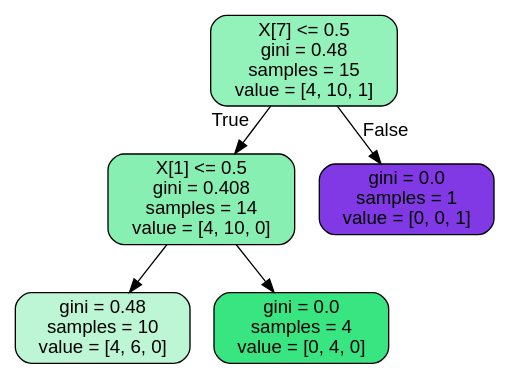
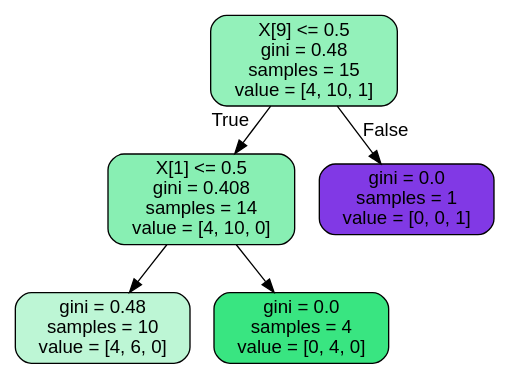
One commit to CompPhysics/MachineLearning changed the diagram in doc/pub/week44/ipynb/Datafiles/ride.dot. Above: the diagram before and after it, drawn with Graphviz. The commit also changed 52 other files, not shown here.

```diff
--- a/doc/pub/week44/ipynb/Datafiles/ride.dot
+++ b/doc/pub/week44/ipynb/Datafiles/ride.dot
@@ -1,13 +1,13 @@
 digraph Tree {
 node [shape=box, style="filled, rounded", color="black", fontname=helvetica] ;
 edge [fontname=helvetica] ;
-0 [label="X[7] <= 0.5\ngini = 0.48\nsamples = 15\nvalue = [4, 10, 1]", fillcolor="#93f1ba"] ;
+0 [label="X[9] <= 0.5\ngini = 0.48\nsamples = 15\nvalue = [4, 10, 1]", fillcolor="#93f1ba"] ;
 1 [label="X[1] <= 0.5\ngini = 0.408\nsamples = 14\nvalue = [4, 10, 0]", fillcolor="#88efb3"] ;
 0 -> 1 [labeldistance=2.5, labelangle=45, headlabel="True"] ;
 2 [label="gini = 0.48\nsamples = 10\nvalue = [4, 6, 0]", fillcolor="#bdf6d5"] ;
 1 -> 2 ;
 3 [label="gini = 0.0\nsamples = 4\nvalue = [0, 4, 0]", fillcolor="#39e581"] ;
 1 -> 3 ;
 4 [label="gini = 0.0\nsamples = 1\nvalue = [0, 0, 1]", fillcolor="#8139e5"] ;
 0 -> 4 [labeldistance=2.5, labelangle=-45, headlabel="False"] ;
 }
```
